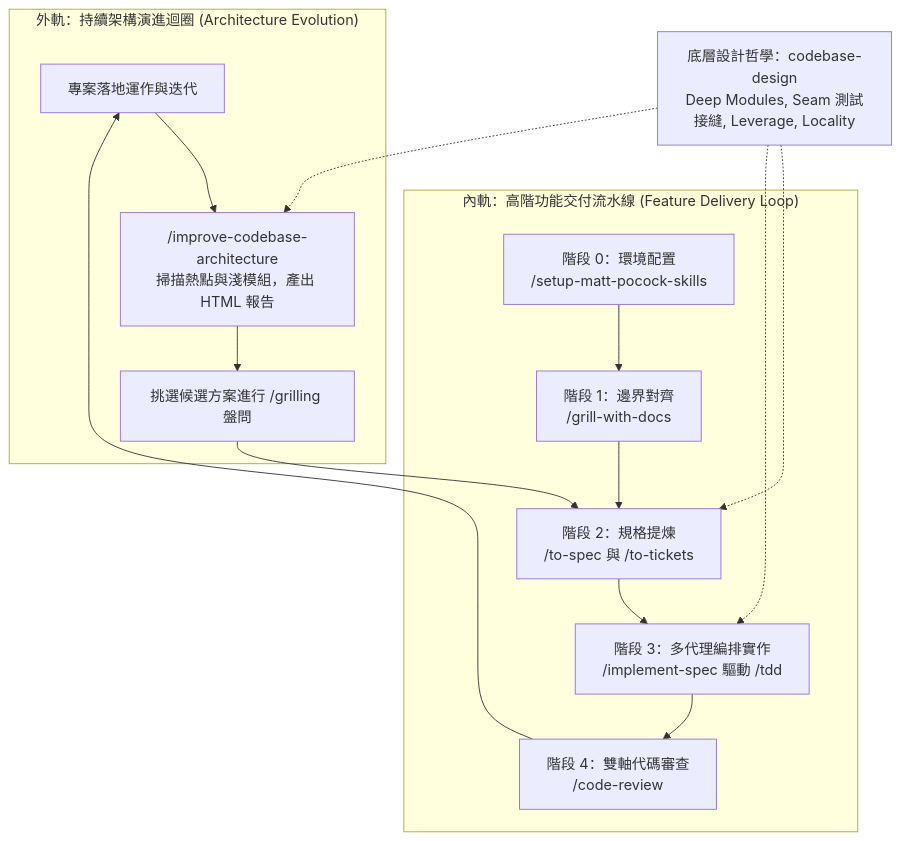
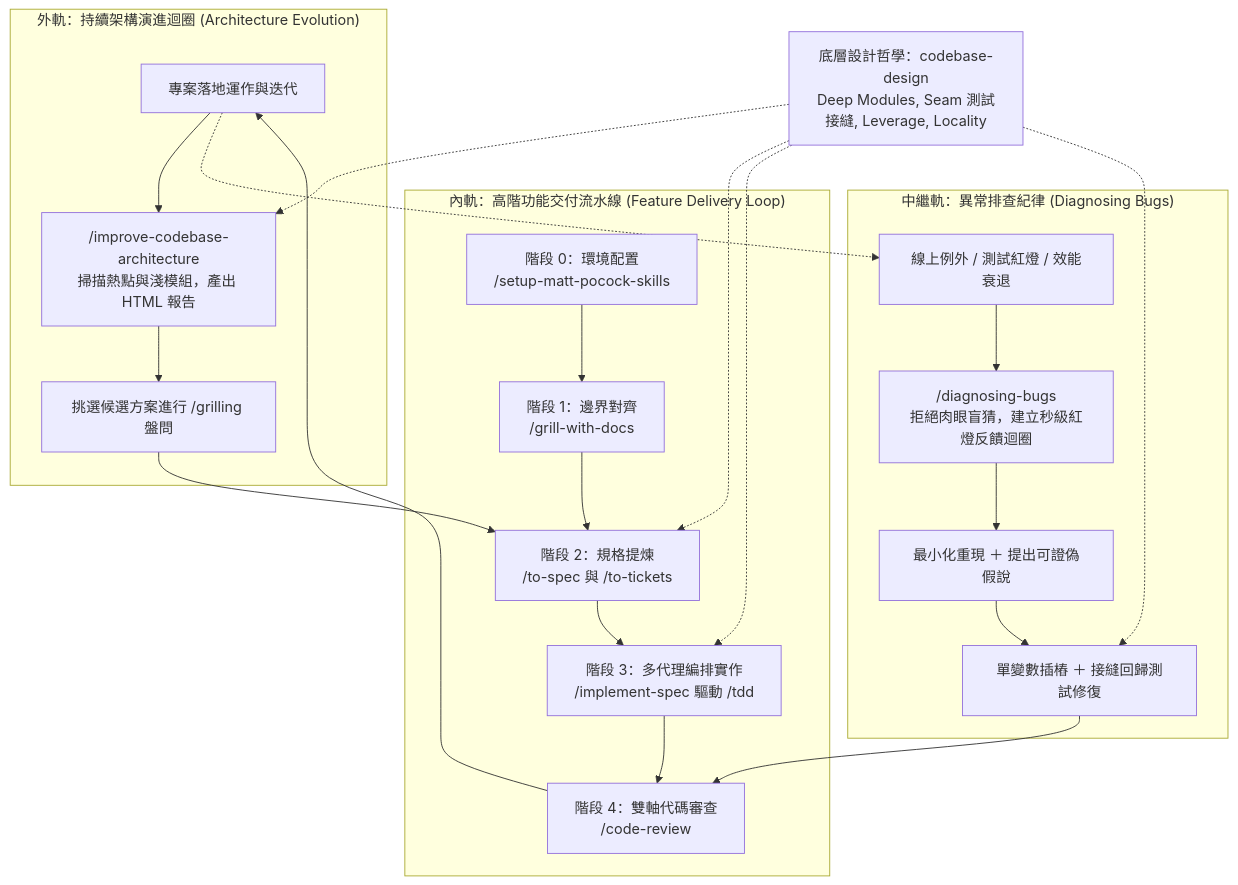
The first of 2 diagrams in AI.SDD/Lab.Matt-Pocock/blog-matt-pocock-skills-workflow.md (yaochangyu/sample.dotblog), drawn with Mermaid before and after one commit. The commit also changed other lines of this file, not shown here.

First line of the commit message:
📝 docs(ai-sdd): 整合 diagnosing-bugs 科學除錯紀律與異常排查迴圈

````diff
--- a/AI.SDD/Lab.Matt-Pocock/blog-matt-pocock-skills-workflow.md
+++ b/AI.SDD/Lab.Matt-Pocock/blog-matt-pocock-skills-workflow.md
@@ -24,21 +24,30 @@
 ```mermaid
 flowchart TD
     subgraph OuterLoop ["外軌：持續架構演進迴圈 (Architecture Evolution)"]
         R0["專案落地運作與迭代"] --> R1["/improve-codebase-architecture<br>掃描熱點與淺模組，產出 HTML 報告"]
         R1 --> R2["挑選候選方案進行 /grilling 盤問"]
+    end
+
+    subgraph DiagLoop ["中繼軌：異常排查紀律 (Diagnosing Bugs)"]
+        D0["線上例外 / 測試紅燈 / 效能衰退"] --> D1["/diagnosing-bugs<br>拒絕肉眼盲猜，建立秒級紅燈反饋迴圈"]
+        D1 --> D2["最小化重現 ＋ 提出可證偽假說"]
+        D2 --> D3["單變數插樁 ＋ 接縫回歸測試修復"]
     end
 
     subgraph InnerLoop ["內軌：高階功能交付流水線 (Feature Delivery Loop)"]
         F0["階段 0：環境配置<br>/setup-matt-pocock-skills"] --> F1["階段 1：邊界對齊<br>/grill-with-docs"]
         F1 --> F2["階段 2：規格提煉<br>/to-spec 與 /to-tickets"]
         F2 --> F3["階段 3：多代理編排實作<br>/implement-spec 驅動 /tdd"]
         F3 --> F4["階段 4：雙軸代碼審查<br>/code-review"]
     end
 
     R2 --> F2
+    D3 --> F4
     F4 --> R0
+    R0 -.-> D0
 
     G["底層設計哲學：codebase-design<br>Deep Modules, Seam 測試接縫, Leverage, Locality"] -.-> F2
     G -.-> F3
     G -.-> R1
+    G -.-> D3
 ```
````
